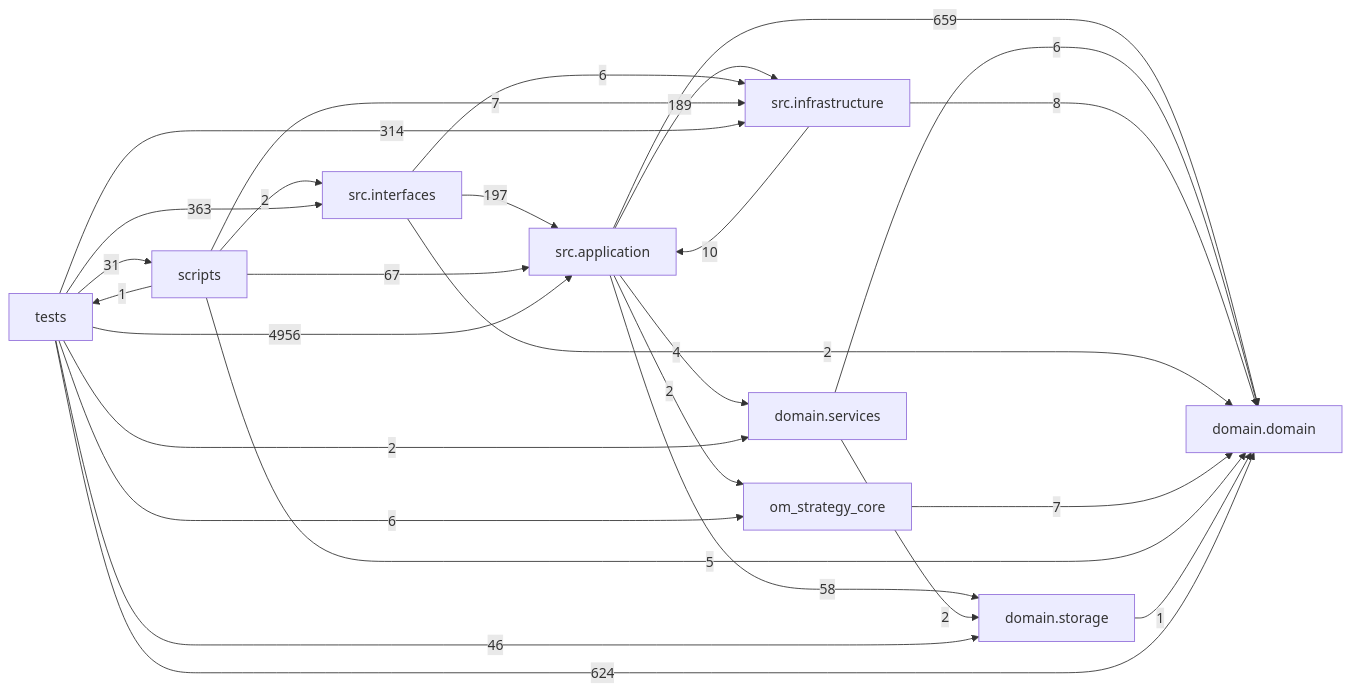
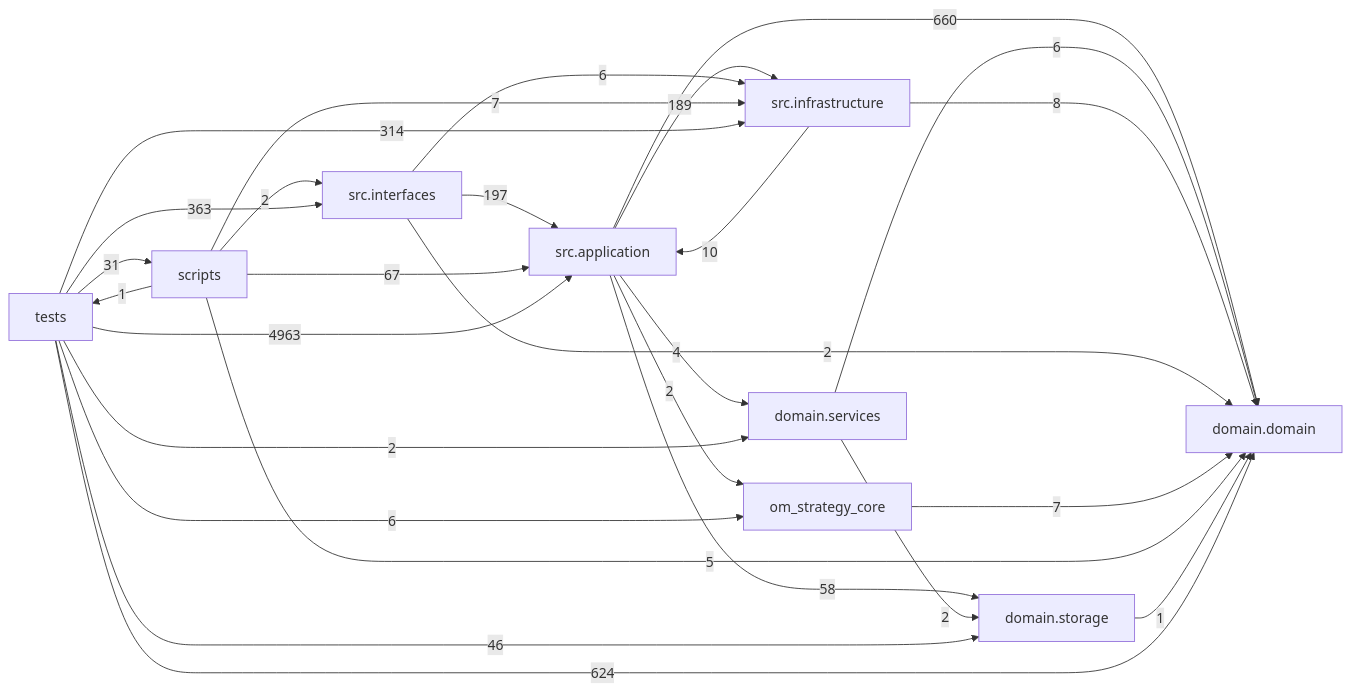
The diagram in docs/DEPENDENCY_GRAPH.md (liuxie066/options-monitor), drawn with Mermaid before and after one commit. The commit also changed other lines of this file and 4 other files, not shown here.

````diff
--- a/docs/DEPENDENCY_GRAPH.md
+++ b/docs/DEPENDENCY_GRAPH.md
@@ -24,38 +24,38 @@
 ```mermaid
 flowchart LR
   tests["tests"]
   scripts["scripts"]
   interfaces["src.interfaces"]
   application["src.application"]
   infrastructure["src.infrastructure"]
   domain_services["domain.services"]
   domain["domain.domain"]
   storage["domain.storage"]
-  application -->|659| domain
+  application -->|660| domain
   application -->|4| domain_services
   application -->|189| infrastructure
   application -->|2| om_strategy_core
   application -->|58| storage
   domain_services -->|6| domain
   domain_services -->|2| storage
   infrastructure -->|10| application
   infrastructure -->|8| domain
   interfaces -->|197| application
   interfaces -->|2| domain
   interfaces -->|6| infrastructure
   om_strategy_core -->|7| domain
   scripts -->|67| application
   scripts -->|5| domain
   scripts -->|7| infrastructure
   scripts -->|2| interfaces
   scripts -->|1| tests
   storage -->|1| domain
-  tests -->|4956| application
+  tests -->|4963| application
   tests -->|624| domain
   tests -->|2| domain_services
   tests -->|314| infrastructure
   tests -->|363| interfaces
   tests -->|6| om_strategy_core
   tests -->|31| scripts
   tests -->|46| storage
 ```
````
